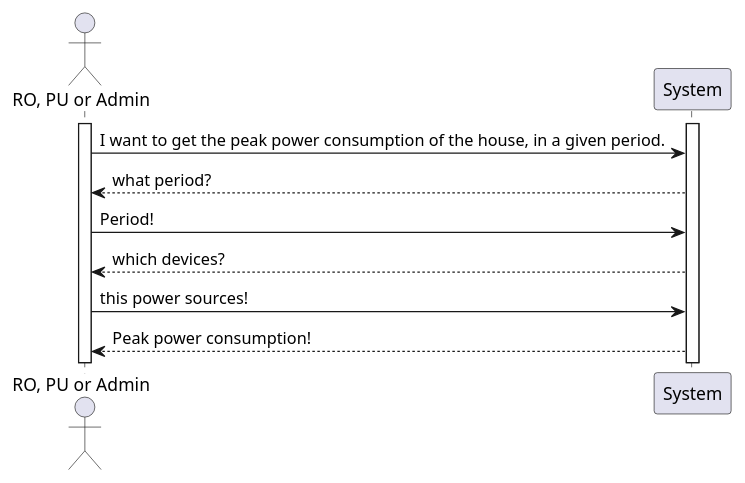
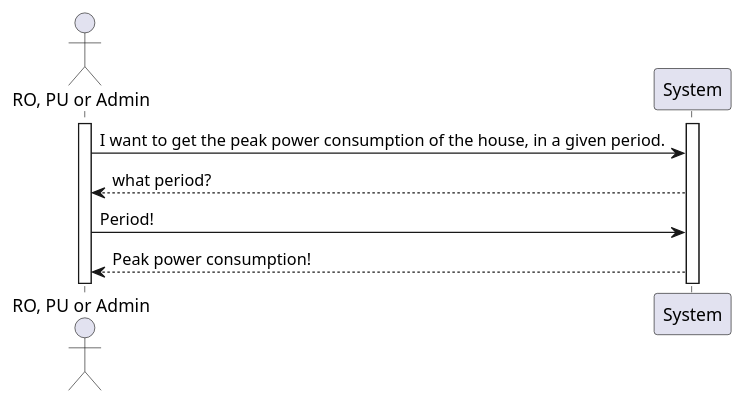
The diagram in docs/useCases/uc14_toGetMaxPowerConsumptionOverAPeriod/artifacts/uc14_SSD.puml (olivDiogo/SmartHome), drawn with PlantUML before and after one commit. The commit also changed 1 other file, not shown here.

Commit message:
#450 updated SD and SSD diagrams

```diff
--- a/docs/useCases/uc14_toGetMaxPowerConsumptionOverAPeriod/artifacts/uc14_SSD.puml
+++ b/docs/useCases/uc14_toGetMaxPowerConsumptionOverAPeriod/artifacts/uc14_SSD.puml
@@ -1,15 +1,14 @@
 @startuml
 !pragma layout smetana
 actor "RO, PU or Admin" as User
 participant System
 
 activate User
 activate System
 User -> System: I want to get the peak power consumption of the house, in a given period.
 System --> User: what period?
 User -> System: Period!
-System --> User: which devices?
-User -> System: this power sources!
+
 System --> User: Peak power consumption!
 
 @enduml
```
